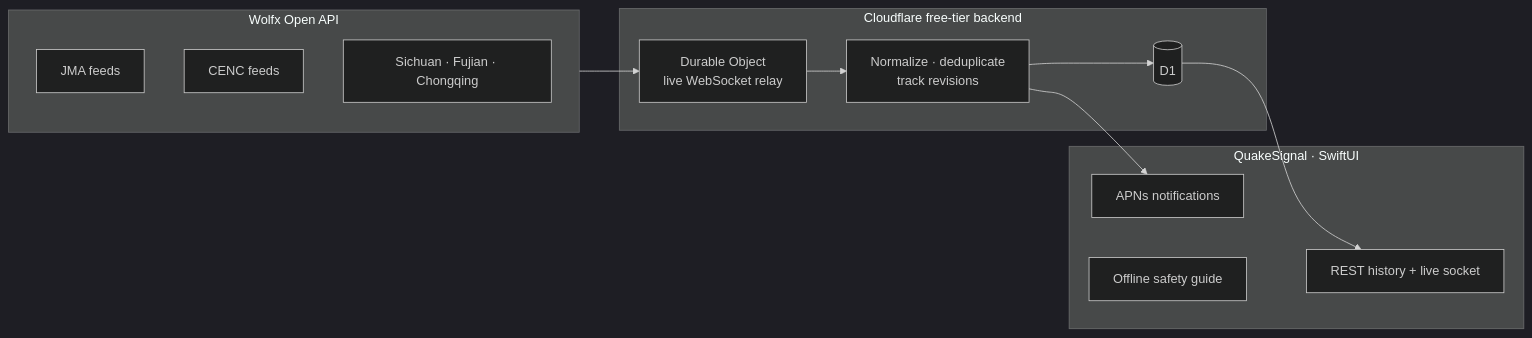
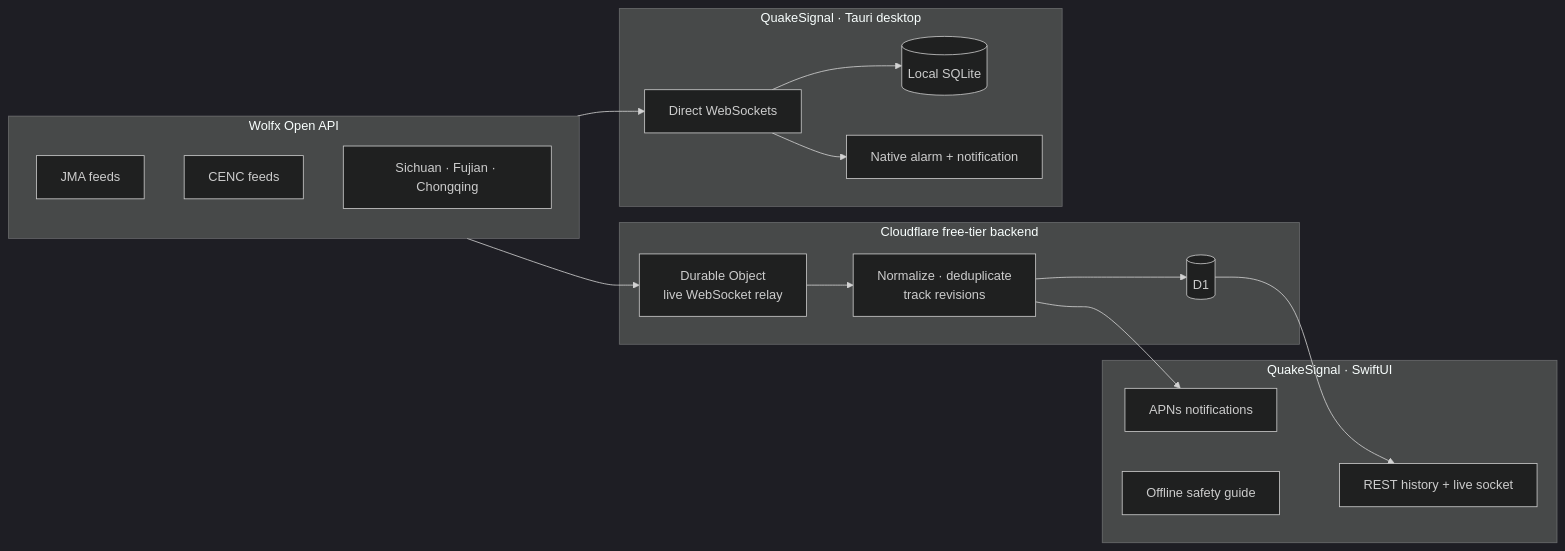
The diagram in README.md (TastyHeadphones/QuakeSignal), drawn with Mermaid (dark theme) before and after one commit. The commit also changed other lines of this file and 61 other files, not shown here.

Commit message:
Add serverless Tauri desktop earthquake alarms

````diff
--- a/README.md
+++ b/README.md
@@ -65,25 +69,33 @@
 ```mermaid
 flowchart LR
     subgraph Sources["Wolfx Open API"]
         JMA["JMA feeds"]
         CENC["CENC feeds"]
         Regional["Sichuan · Fujian · Chongqing"]
     end
 
     subgraph Edge["Cloudflare free-tier backend"]
         Relay["Durable Object<br/>live WebSocket relay"]
         Normalize["Normalize · deduplicate<br/>track revisions"]
         DB[("D1")]
     end
 
     subgraph App["QuakeSignal · SwiftUI"]
         Foreground["REST history + live socket"]
         Background["APNs notifications"]
         Guide["Offline safety guide"]
     end
 
+    subgraph Desktop["QuakeSignal · Tauri desktop"]
+        Direct["Direct WebSockets"]
+        Local[("Local SQLite")]
+        NativeAlarm["Native alarm + notification"]
+    end
+
     Sources --> Relay --> Normalize --> DB
     DB --> Foreground
     Normalize --> Background
     Guide --- App
+    Sources --> Direct --> Local
+    Direct --> NativeAlarm
 ```
````
